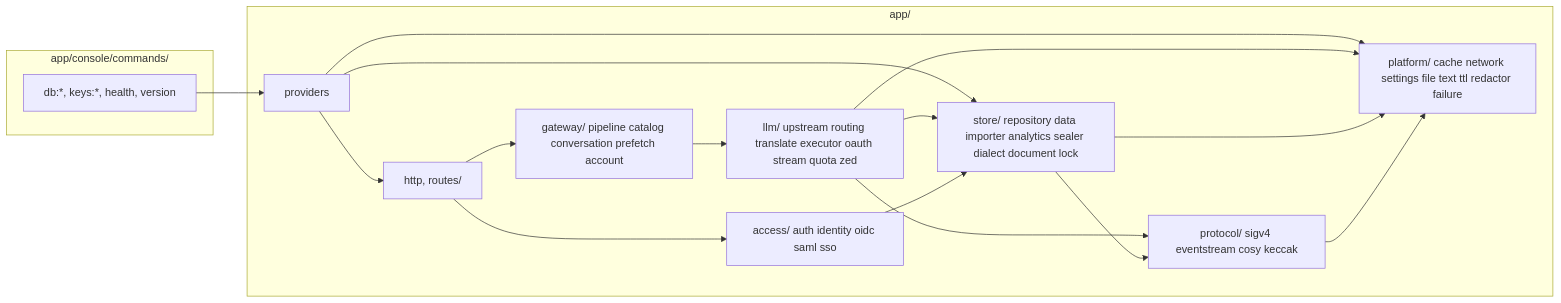
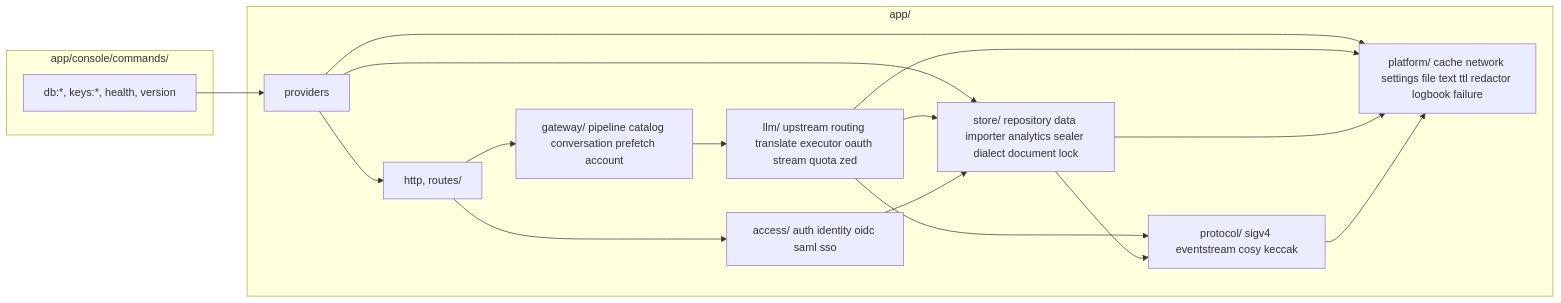
The diagram in docs/ARCHITECTURE.md (dimaskiddo/rllmx), drawn with Mermaid before and after one commit. The commit also changed other lines of this file and 29 other files, not shown here.

````diff
--- a/docs/ARCHITECTURE.md
+++ b/docs/ARCHITECTURE.md
@@ -18,32 +18,32 @@
 ```mermaid
 graph LR
     subgraph cmd["app/console/commands/"]
         Main["db:*, keys:*, health, version"]
     end
 
     subgraph internal["app/"]
         App["providers"]
         GW["gateway/ pipeline catalog conversation prefetch account"]
         LLM["llm/ upstream routing translate executor oauth stream quota zed"]
         ACC["access/ auth identity oidc saml sso"]
         ST["store/ repository data importer analytics sealer dialect document lock"]
         PROT["protocol/ sigv4 eventstream cosy keccak"]
-        PLAT["platform/ cache network settings file text ttl redactor failure"]
+        PLAT["platform/ cache network settings file text ttl redactor logbook failure"]
         API["http, routes/"]
     end
 
     Main --> App
     App --> API
     App --> PLAT
     App --> ST
     API --> ACC
     API --> GW
     GW --> LLM
     LLM --> ST
     LLM --> PROT
     LLM --> PLAT
     ACC --> ST
     ST --> PROT
     ST --> PLAT
     PROT --> PLAT
 ```
````
